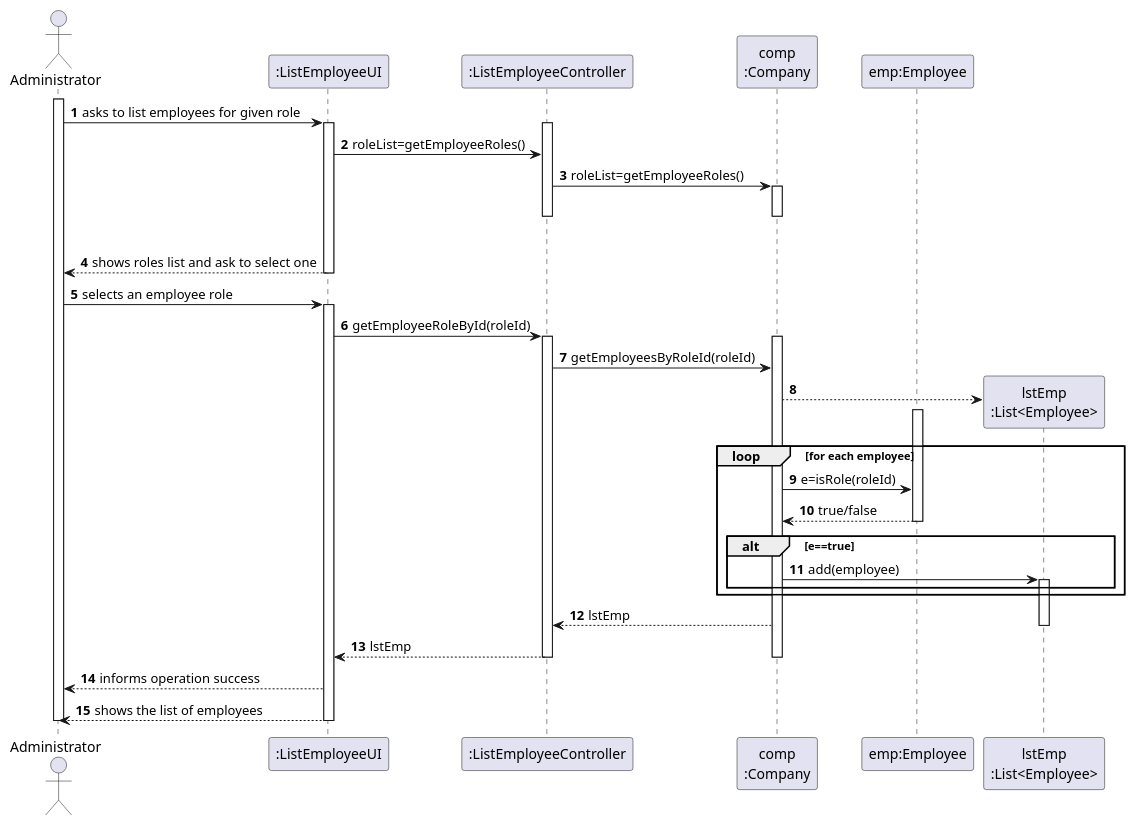
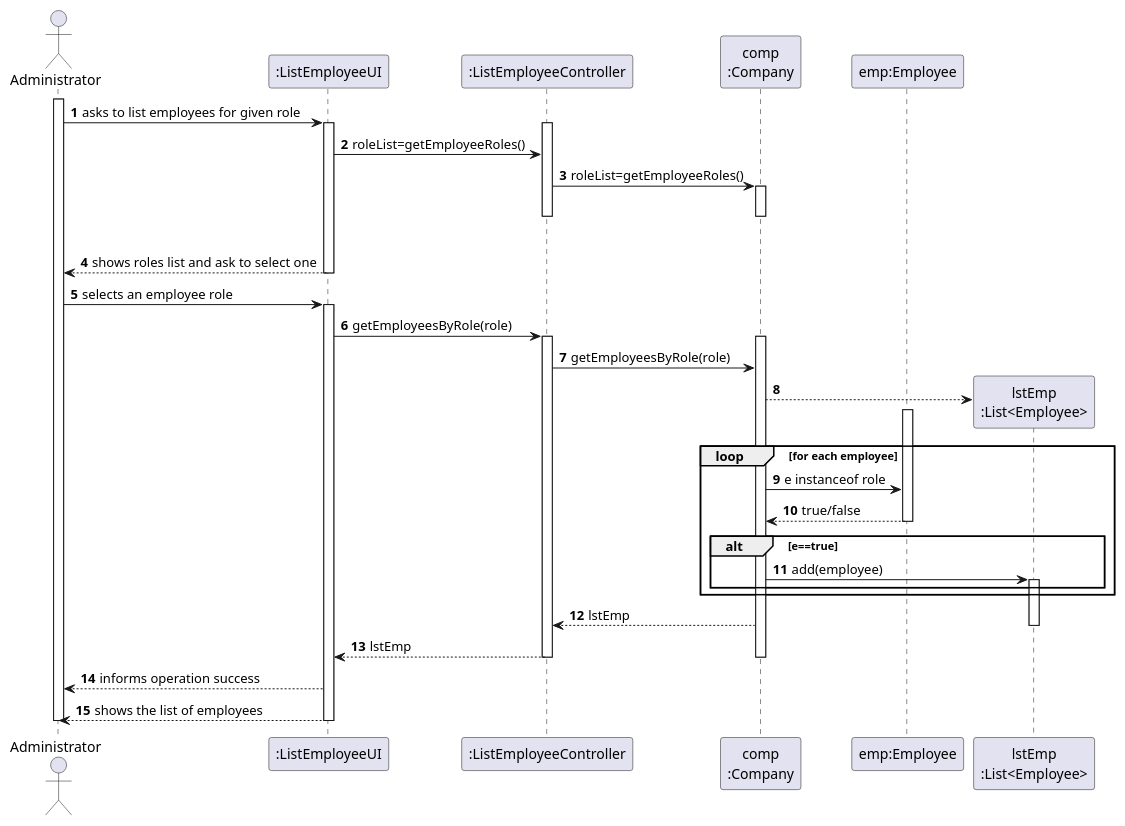
The diagram in docs/SprintB/US11/SD/US11_SD.puml (miseEnPlace-i/lapr2), drawn with PlantUML before and after one commit. The commit also changed 7 other files, not shown here.

```diff
--- a/docs/SprintB/US11/SD/US11_SD.puml
+++ b/docs/SprintB/US11/SD/US11_SD.puml
@@ -1,62 +1,62 @@
 @startuml
 autonumber
 'hide footbox
 actor "Administrator" as ADM
 
 participant ":ListEmployeeUI" as UI
 participant ":ListEmployeeController" as CTRL
 participant "comp\n:Company" as COMP
 participant "emp:Employee" as EMP
 
 activate ADM
 ADM -> UI : asks to list employees for given role
 activate UI
 activate CTRL
 UI -> CTRL : roleList=getEmployeeRoles()
 
 CTRL -> COMP : roleList=getEmployeeRoles()
 activate COMP
 |||
 deactivate COMP
 deactivate CTRL
 
 UI --> ADM : shows roles list and ask to select one
 deactivate UI
 
 ADM -> UI : selects an employee role
 activate UI
 
-UI -> CTRL : getEmployeeRoleById(roleId)
+UI -> CTRL : getEmployeesByRole(role)
 activate CTRL
 
 activate COMP
-CTRL -> COMP: getEmployeesByRoleId(roleId)
+CTRL -> COMP: getEmployeesByRole(role)
 create "lstEmp\n:List<Employee>" as LST
 COMP --> LST
 
 loop for each employee
   activate EMP
-    COMP -> EMP: e=isRole(roleId)
+    COMP -> EMP: e instanceof role
     EMP --> COMP: true/false
   deactivate EMP
     alt e==true
         COMP -> LST: add(employee)
       activate LST
     end
 end
 
 COMP --> CTRL: lstEmp
 deactivate LST
 CTRL --> UI: lstEmp
 
 deactivate COMP
 deactivate CTRL
 UI --> ADM : informs operation success
 UI --> ADM: shows the list of employees
 deactivate UI
 
 deactivate UI
 deactivate CTRL
 deactivate ADM
 
 @enduml
```
